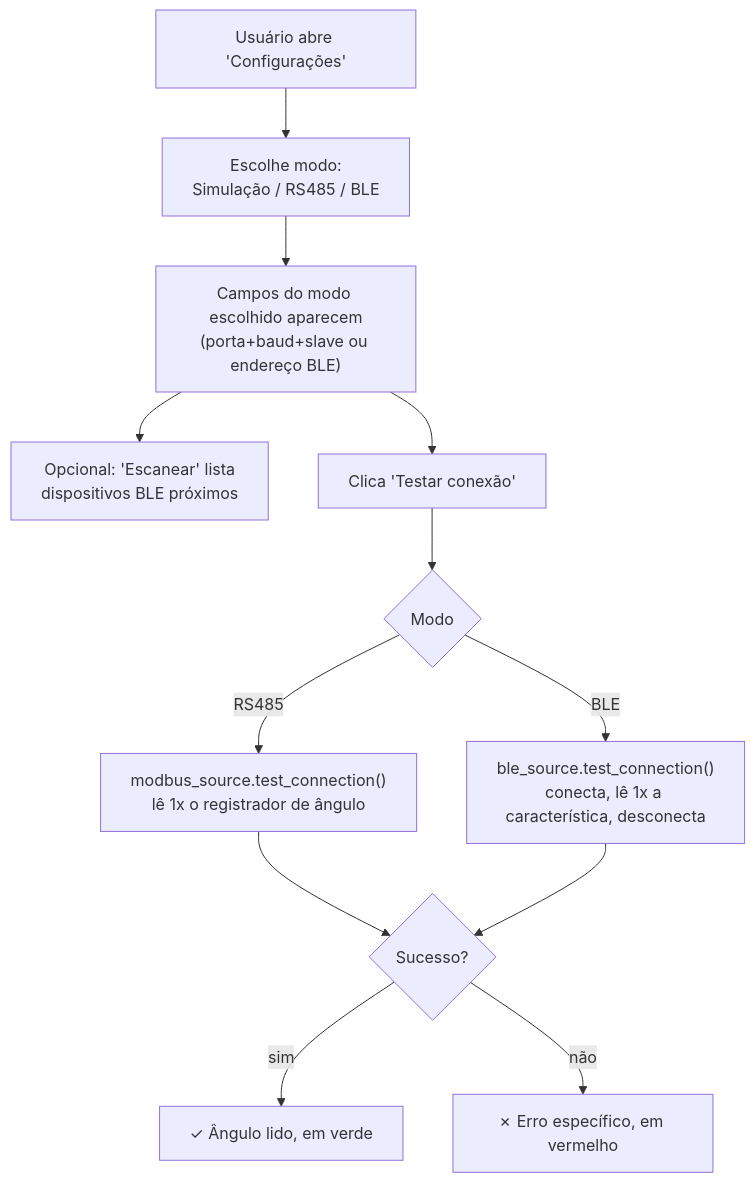
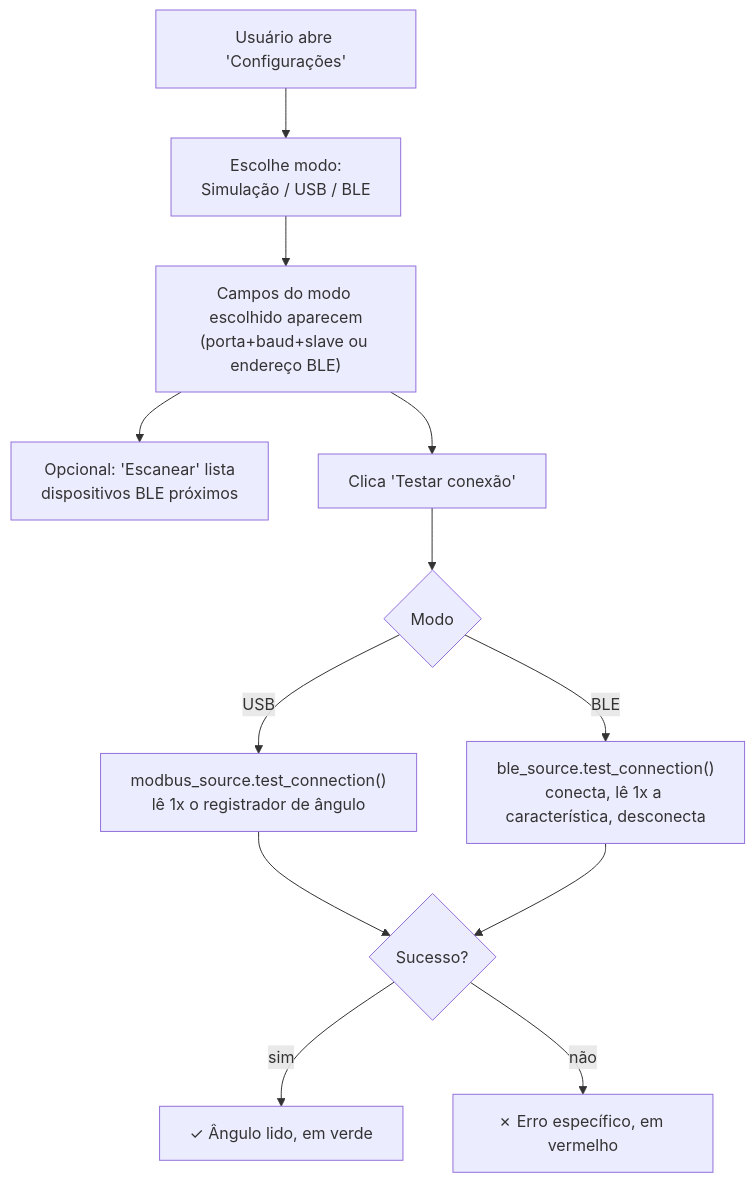
Before and after one commit to williandlima/Inclinometer_Esp32: the fifth of 6 diagrams in docs/fluxograma-python-app.md, drawn with Mermaid. The commit also changed other lines of this file and 13 other files, not shown here.

````diff
--- a/docs/fluxograma-python-app.md
+++ b/docs/fluxograma-python-app.md
@@ -160,14 +161,14 @@
 ```mermaid
 flowchart TD
-    A["Usuário abre 'Configurações'"] --> B["Escolhe modo:<br/>Simulação / RS485 / BLE"]
+    A["Usuário abre 'Configurações'"] --> B["Escolhe modo:<br/>Simulação / USB / BLE"]
     B --> C["Campos do modo escolhido aparecem<br/>(porta+baud+slave ou endereço BLE)"]
     C --> D["Opcional: 'Escanear' lista<br/>dispositivos BLE próximos"]
     C --> E["Clica 'Testar conexão'"]
     E --> F{Modo}
-    F -- RS485 --> G["modbus_source.test_connection()<br/>lê 1x o registrador de ângulo"]
+    F -- USB --> G["modbus_source.test_connection()<br/>lê 1x o registrador de ângulo"]
     F -- BLE --> H["ble_source.test_connection()<br/>conecta, lê 1x a característica, desconecta"]
     G --> I{Sucesso?}
     H --> I
     I -- sim --> J["✓ Ângulo lido, em verde"]
     I -- não --> K["✗ Erro específico, em vermelho"]
 ```
````
